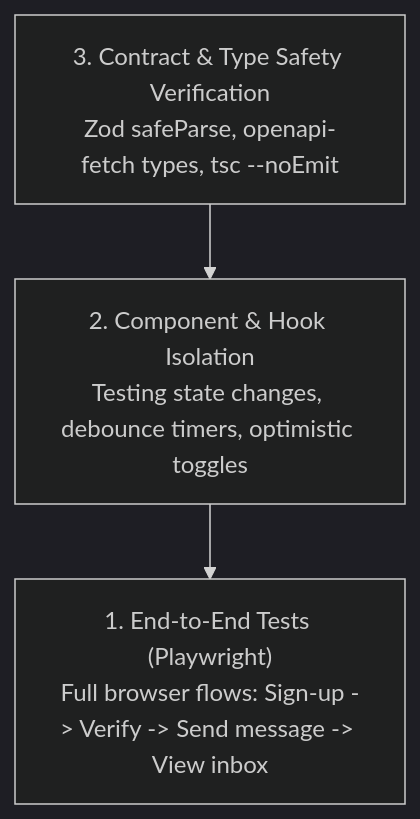
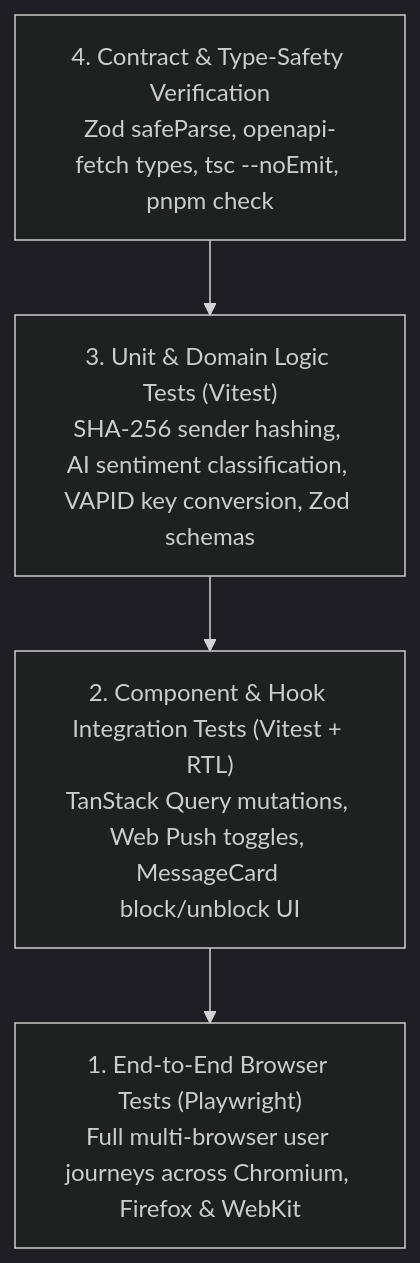
Before and after one commit to Abbas4tech/GhostMsg: the diagram in docs/07-testing-strategy.md, drawn with Mermaid (dark theme). The commit also changed other lines of this file and 2 other files, not shown here.

Commit message:
docs: add ADR 0012 proposing Vitest unit testing strategy and test architecture

````diff
--- a/docs/07-testing-strategy.md
+++ b/docs/07-testing-strategy.md
@@ -9,8 +9,9 @@
 ```mermaid
 flowchart TD
-    E2E["1. End-to-End Tests (Playwright)\nFull browser flows: Sign-up -> Verify -> Send message -> View inbox"]
-    COMP["2. Component & Hook Isolation\nTesting state changes, debounce timers, optimistic toggles"]
-    SCHEMA["3. Contract & Type Safety Verification\nZod safeParse, openapi-fetch types, tsc --noEmit"]
+    E2E["1. End-to-End Browser Tests (Playwright)\nFull multi-browser user journeys across Chromium, Firefox & WebKit"]
+    HOOKS["2. Component & Hook Integration Tests (Vitest + RTL)\nTanStack Query mutations, Web Push toggles, MessageCard block/unblock UI"]
+    UNIT["3. Unit & Domain Logic Tests (Vitest)\nSHA-256 sender hashing, AI sentiment classification, VAPID key conversion, Zod schemas"]
+    CONTRACT["4. Contract & Type-Safety Verification\nZod safeParse, openapi-fetch types, tsc --noEmit, pnpm check"]
 
-    SCHEMA --> COMP --> E2E
+    CONTRACT --> UNIT --> HOOKS --> E2E
 ```
````
